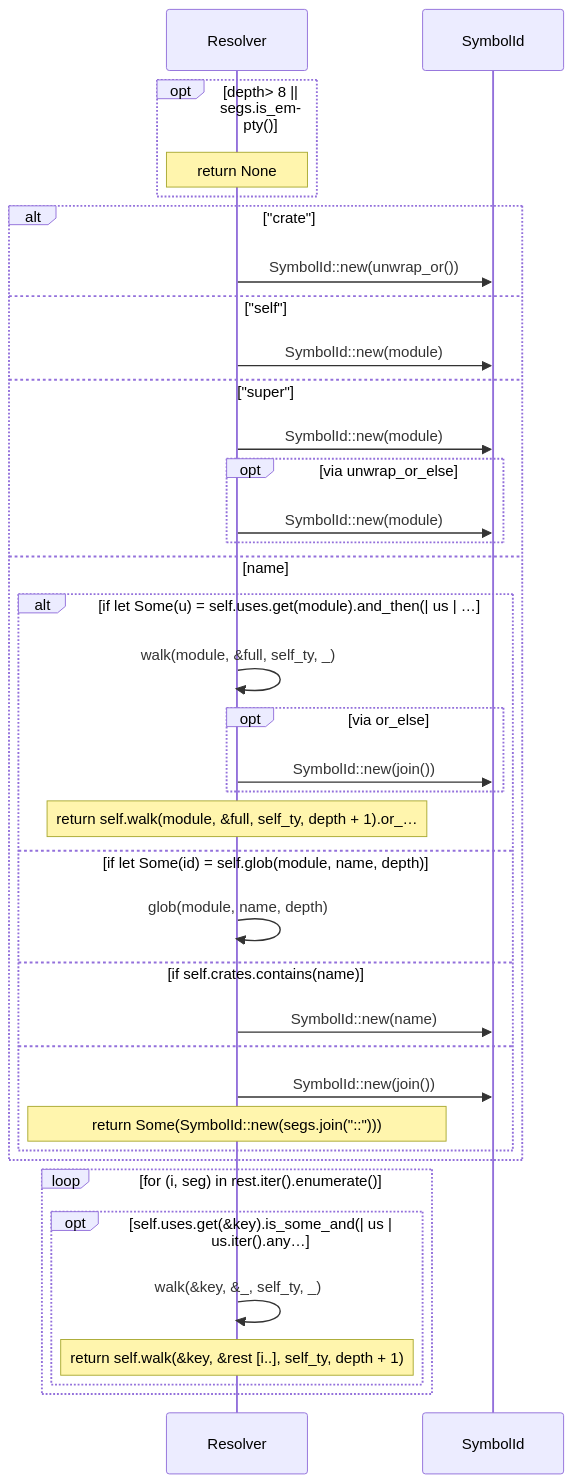
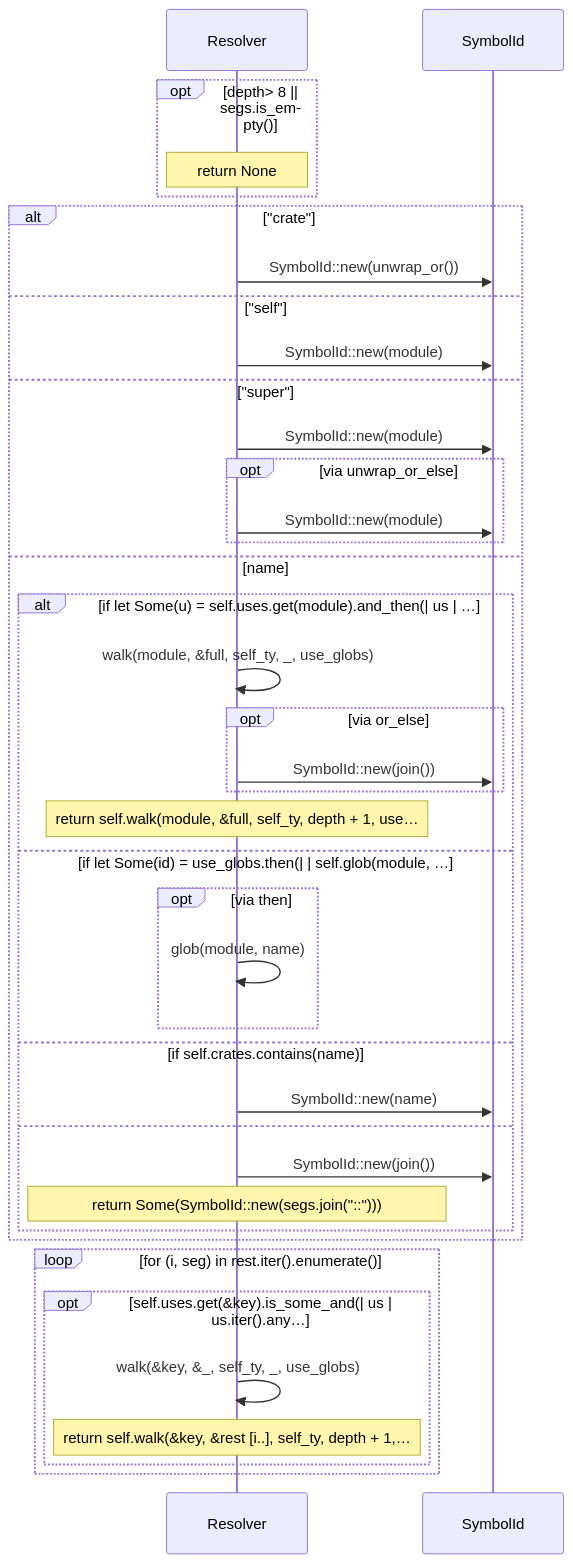
The seventh of 18 diagrams in docs/codemaid/crates/codemaid-rust/src/resolve.rs.md (DreamLab-AI/codemaid), drawn with Mermaid before and after one commit. The commit also changed other lines of this file and 29 other files, not shown here.

````diff
--- a/docs/codemaid/crates/codemaid-rust/src/resolve.rs.md
+++ b/docs/codemaid/crates/codemaid-rust/src/resolve.rs.md
@@ -323,39 +332,41 @@
 ```mermaid
 sequenceDiagram
   participant codemaid_rust__resolve__Resolver as Resolver
   participant codemaid_model__symbol__SymbolId as SymbolId
   opt depth> 8 || segs.is_empty()
     Note over codemaid_rust__resolve__Resolver: return None
   end
   alt #quot;crate#quot;
     codemaid_rust__resolve__Resolver->>codemaid_model__symbol__SymbolId: SymbolId::new(unwrap_or())
   else #quot;self#quot;
     codemaid_rust__resolve__Resolver->>codemaid_model__symbol__SymbolId: SymbolId::new(module)
   else #quot;super#quot;
     codemaid_rust__resolve__Resolver->>codemaid_model__symbol__SymbolId: SymbolId::new(module)
     opt via unwrap_or_else
       codemaid_rust__resolve__Resolver->>codemaid_model__symbol__SymbolId: SymbolId::new(module)
     end
   else name
     alt if let Some(u) = self.uses.get(module).and_then(| us | …
-      codemaid_rust__resolve__Resolver->>codemaid_rust__resolve__Resolver: walk(module, &full, self_ty, _)
+      codemaid_rust__resolve__Resolver->>codemaid_rust__resolve__Resolver: walk(module, &full, self_ty, _, use_globs)
       opt via or_else
         codemaid_rust__resolve__Resolver->>codemaid_model__symbol__SymbolId: SymbolId::new(join())
       end
-      Note over codemaid_rust__resolve__Resolver: return self.walk(module, &full, self_ty, depth + 1).or_…
-    else if let Some(id) = self.glob(module, name, depth)
-      codemaid_rust__resolve__Resolver->>codemaid_rust__resolve__Resolver: glob(module, name, depth)
+      Note over codemaid_rust__resolve__Resolver: return self.walk(module, &full, self_ty, depth + 1, use…
+    else if let Some(id) = use_globs.then(| | self.glob(module, …
+      opt via then
+        codemaid_rust__resolve__Resolver->>codemaid_rust__resolve__Resolver: glob(module, name)
+      end
     else if self.crates.contains(name)
       codemaid_rust__resolve__Resolver->>codemaid_model__symbol__SymbolId: SymbolId::new(name)
     else
       codemaid_rust__resolve__Resolver->>codemaid_model__symbol__SymbolId: SymbolId::new(join())
       Note over codemaid_rust__resolve__Resolver: return Some(SymbolId::new(segs.join(#quot;::#quot;)))
     end
   end
   loop for (i, seg) in rest.iter().enumerate()
     opt self.uses.get(&key).is_some_and(| us | us.iter().any…
-      codemaid_rust__resolve__Resolver->>codemaid_rust__resolve__Resolver: walk(&key, &_, self_ty, _)
-      Note over codemaid_rust__resolve__Resolver: return self.walk(&key, &rest [i..], self_ty, depth + 1)
+      codemaid_rust__resolve__Resolver->>codemaid_rust__resolve__Resolver: walk(&key, &_, self_ty, _, use_globs)
+      Note over codemaid_rust__resolve__Resolver: return self.walk(&key, &rest [i..], self_ty, depth + 1,…
     end
   end
 ```
````
